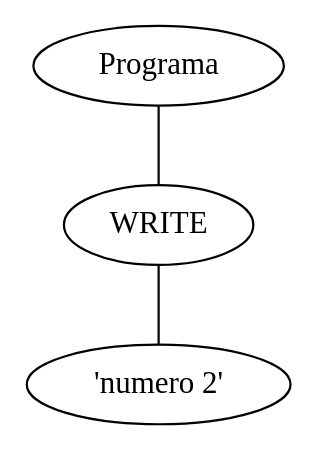
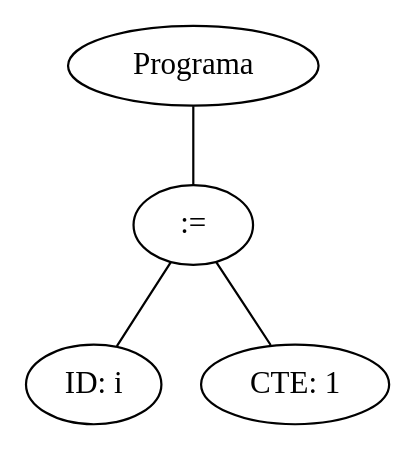
One commit to JosueGaticaOdato/Integrador-TEOI changed the diagram in AnalizadorLexico/arbol.dot. Above: the diagram before and after it, drawn with Graphviz. The commit also changed 7 other files, not shown here.

```diff
--- a/AnalizadorLexico/arbol.dot
+++ b/AnalizadorLexico/arbol.dot
@@ -1,6 +1,8 @@
 graph G {nodo_programa [label="Programa"]
-nodo_963684847 [label="WRITE"]
-nodo_programa -- nodo_963684847
-nodo_785132882 [label="'numero 2'"]
-nodo_963684847 -- nodo_785132882
+nodo_987650520 [label=":="]
+nodo_programa -- nodo_987650520
+nodo_1643518164 [label="ID: i"]
+nodo_987650520 -- nodo_1643518164
+nodo_1947889999 [label="CTE: 1"]
+nodo_987650520 -- nodo_1947889999
 }
```
